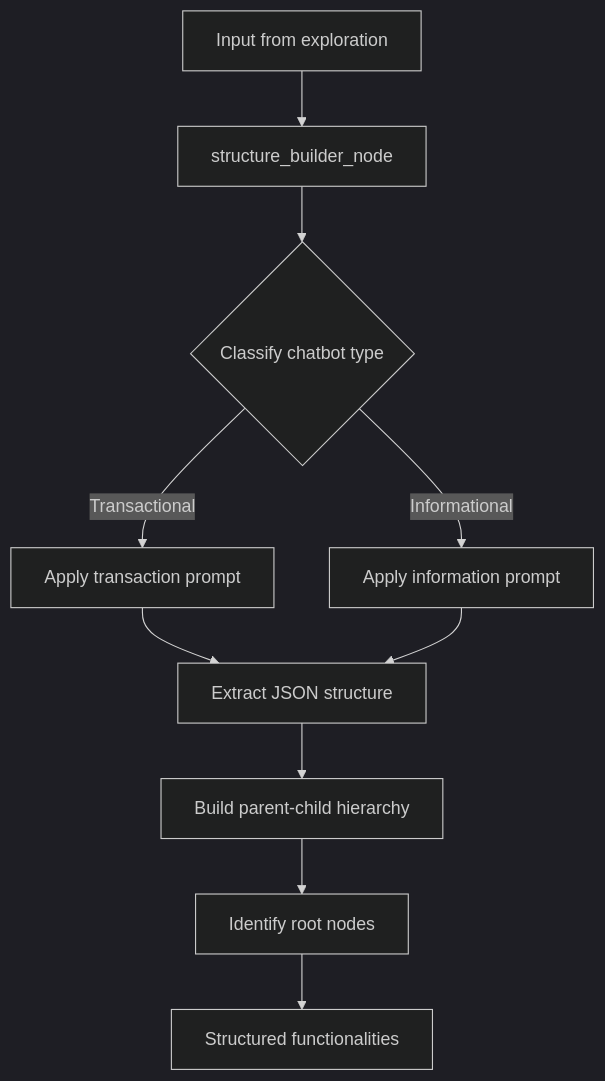
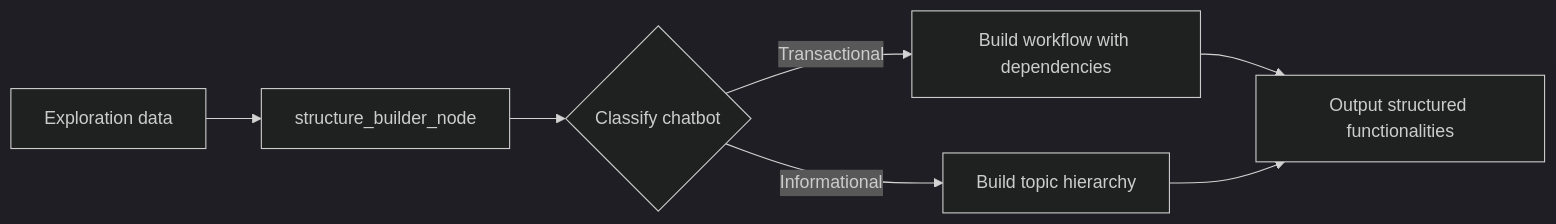
One commit to Chatbot-TRACER/TRACER changed the first of 4 diagrams in readme.md. Above: the diagram before and after it, drawn with Mermaid (dark theme). The commit also changed other lines of this file, not shown here.

Commit message:
tweaked mermaid

````diff
--- a/readme.md
+++ b/readme.md
@@ -68,12 +68,9 @@
 ```mermaid
-flowchart TD
-    A[Input from exploration] --> B[structure_builder_node]
-    B --> C{Classify chatbot type}
-    C -->|Transactional| D[Apply transaction prompt]
-    C -->|Informational| E[Apply information prompt]
-    D --> F[Extract JSON structure]
+flowchart LR
+    A[Exploration data] --> B[structure_builder_node]
+    B --> C{Classify chatbot}
+    C -->|Transactional| D[Build workflow with dependencies]
+    C -->|Informational| E[Build topic hierarchy]
+    D --> F[Output structured functionalities]
     E --> F
-    F --> G[Build parent-child hierarchy]
-    G --> H[Identify root nodes]
-    H --> I[Structured functionalities]
 ```
````
